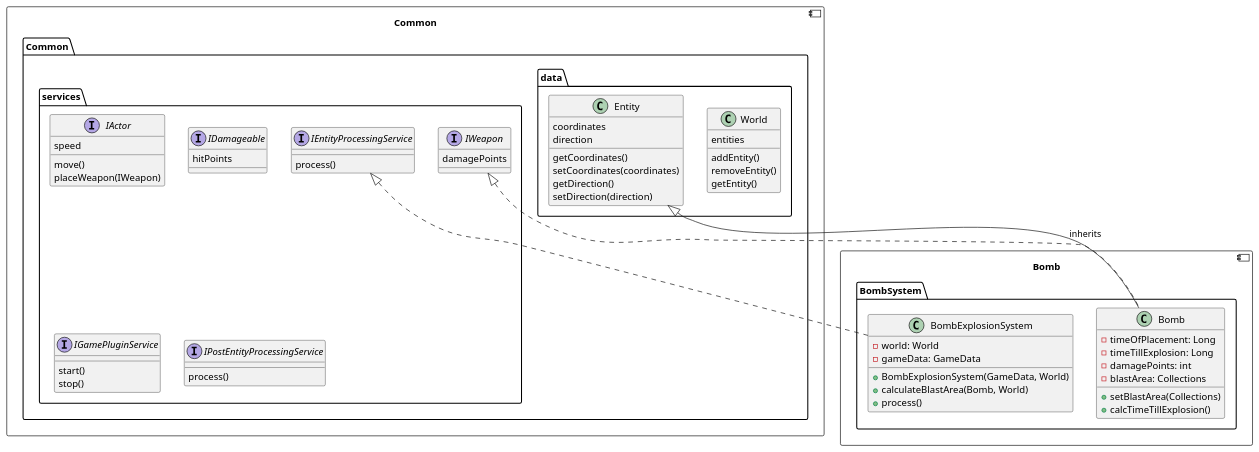
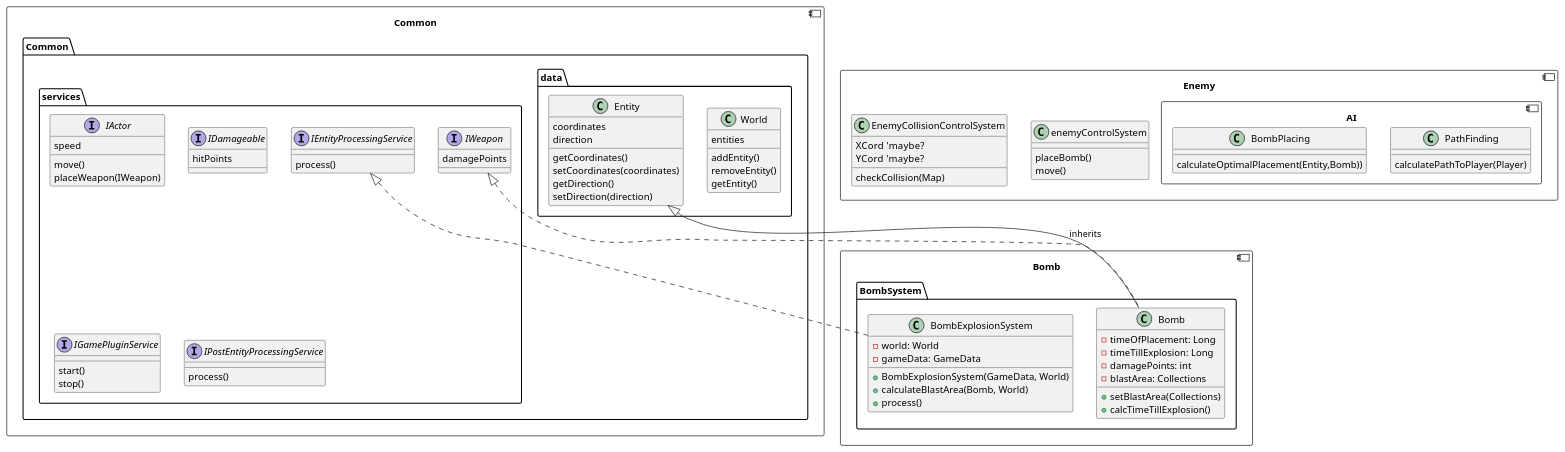
Before and after one commit to TidosDK/boom-battle: the diagram in Documentation/class_diagram.puml, drawn with PlantUML. The commit also changed 1 other file, not shown here.

Commit message:
Merged enemy into main class diagram

```diff
--- a/Documentation/class_diagram.puml
+++ b/Documentation/class_diagram.puml
@@ -1,95 +1,118 @@
 @startuml
 component Common {
     package Common {
 
         package services {
             interface IActor {
                 speed
                 move()
                 placeWeapon(IWeapon)
             }
 
             interface IWeapon {
                 damagePoints
             }
 
             interface IDamageable {
                 hitPoints
             }
 
             interface IGamePluginService {
                 start()
                 stop()
             }
 
             interface IEntityProcessingService {
                 process()
             }
 
             interface IPostEntityProcessingService {
                 process()
             }
         }
 
         package data {
             class World {
                 entities
                 addEntity()
                 removeEntity()
                 getEntity()
             }
 
             class Entity {
                 coordinates
                 direction
 
                 getCoordinates()
                 setCoordinates(coordinates)
                 getDirection()
                 setDirection(direction)
             }
         }
     }
 
 
 '	component Parts {
 '		interface EntityPart {
 '			process()
 '		}
 '
 '		class LifePart implements EntityPart {
 '		}
 '
 '		class MovingPart implements EntityPart {
 '		}
 '
 '		class PositionPart implements EntityPart {
 '		}
 '
 '	}
 }
 component Bomb{
     package BombSystem {
         class Bomb implements Common.Common.services.IWeapon{
             - timeOfPlacement: Long
             - timeTillExplosion: Long
             - damagePoints: int
             - blastArea: Collections
             + setBlastArea(Collections)
             + calcTimeTillExplosion()
         }
         Bomb --|> Entity : inherits
 
         class BombExplosionSystem implements Common.Common.services.IEntityProcessingService {
             - world: World
             - gameData: GameData
             + BombExplosionSystem(GameData, World)
             + calculateBlastArea(Bomb, World)
             + process()
         }
     }
 }
 
+component Enemy{
+    class enemyControlSystem{
+        placeBomb()
+        move()
+    }
+    component AI{
+    'maybe an interface
+        class PathFinding{
+            calculatePathToPlayer(Player)
+        }
+
+        class BombPlacing {
+            calculateOptimalPlacement(Entity,Bomb))
+        }
+    }
+
+    class EnemyCollisionControlSystem{
+        XCord  'maybe?
+        YCord  'maybe?
+        checkCollision(Map)
+    }
+}
+
 
 
 @enduml
```
